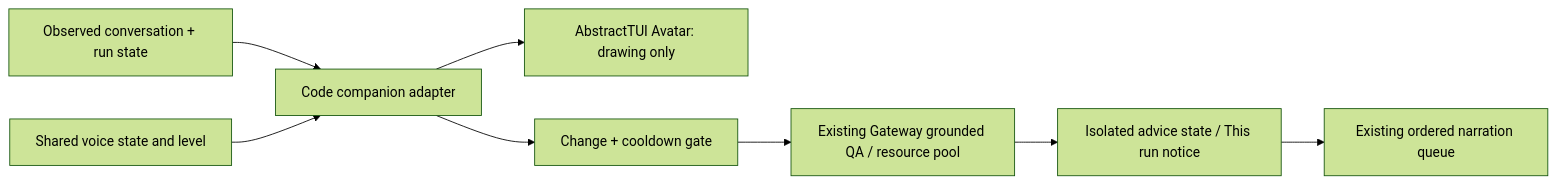
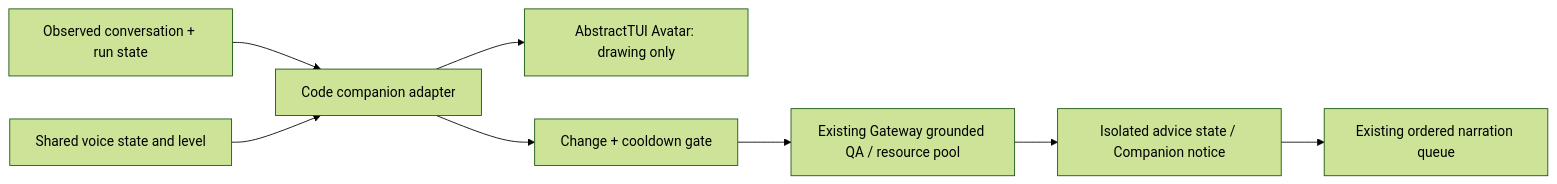
The fourth of 4 diagrams in tui/docs/architecture.md (lpalbou/AbstractCode), drawn with Mermaid (forest theme) before and after one commit. The commit also changed other lines of this file and 18 other files, not shown here.

````diff
--- a/tui/docs/architecture.md
+++ b/tui/docs/architecture.md
@@ -262,10 +262,10 @@
 ```mermaid
 flowchart LR
   Ledger["Observed conversation + run state"] --> Host["Code companion adapter"]
   Audio["Shared voice state and level"] --> Host
   Host --> Avatar["AbstractTUI Avatar: drawing only"]
   Host --> Gate["Change + cooldown gate"]
   Gate --> QA["Existing Gateway grounded QA / resource pool"]
-  QA --> Side["Isolated advice state / This run notice"]
+  QA --> Side["Isolated advice state / Companion notice"]
   Side --> Queue["Existing ordered narration queue"]
 ```
````
